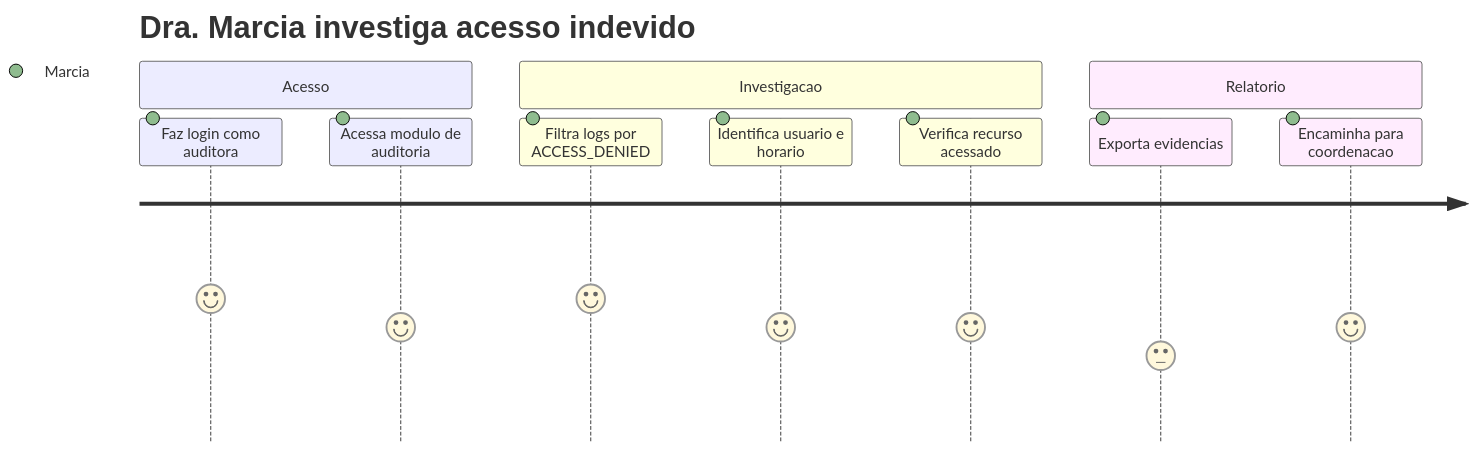
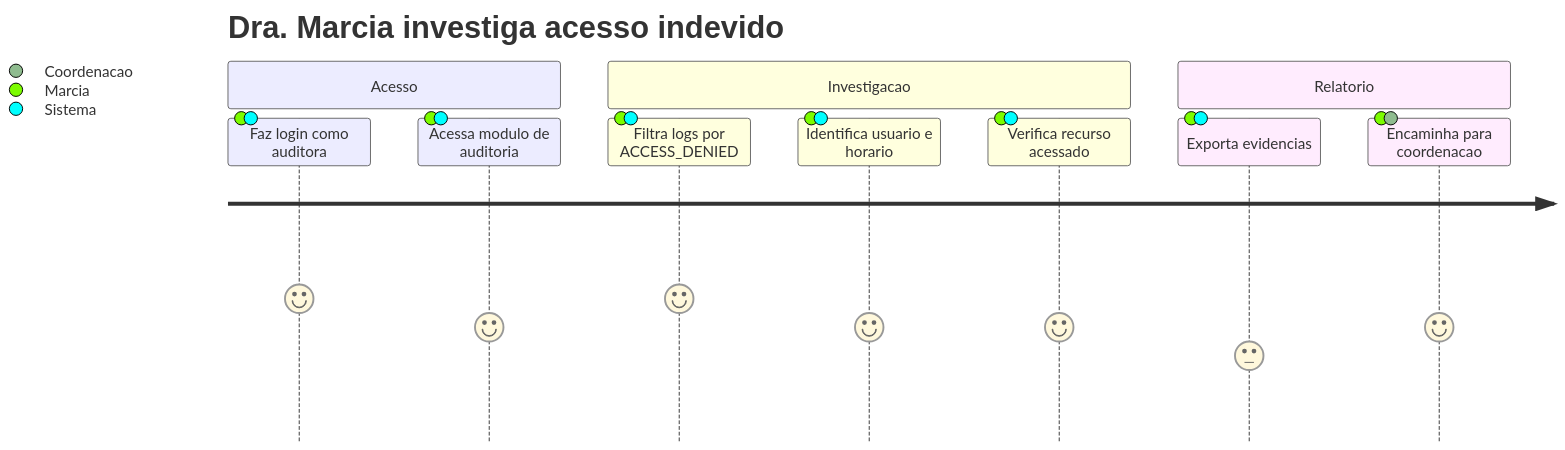
The third of 3 diagrams in docs/produto/discovery/jornadas.md (pedrohpsantos/EdTech), drawn with Mermaid before and after one commit. The commit also changed other lines of this file and 13 other files, not shown here.

````diff
--- a/docs/produto/discovery/jornadas.md
+++ b/docs/produto/discovery/jornadas.md
@@ -48,14 +62,14 @@
 ```mermaid
 journey
     title Dra. Marcia investiga acesso indevido
     section Acesso
-        Faz login como auditora: 5: Marcia
-        Acessa modulo de auditoria: 4: Marcia
+        Faz login como auditora: 5: Marcia, Sistema
+        Acessa modulo de auditoria: 4: Marcia, Sistema
     section Investigacao
-        Filtra logs por ACCESS_DENIED: 5: Marcia
-        Identifica usuario e horario: 4: Marcia
-        Verifica recurso acessado: 4: Marcia
+        Filtra logs por ACCESS_DENIED: 5: Marcia, Sistema
+        Identifica usuario e horario: 4: Marcia, Sistema
+        Verifica recurso acessado: 4: Marcia, Sistema
     section Relatorio
-        Exporta evidencias: 3: Marcia
-        Encaminha para coordenacao: 4: Marcia
+        Exporta evidencias: 3: Marcia, Sistema
+        Encaminha para coordenacao: 4: Marcia, Coordenacao
 ```
````
